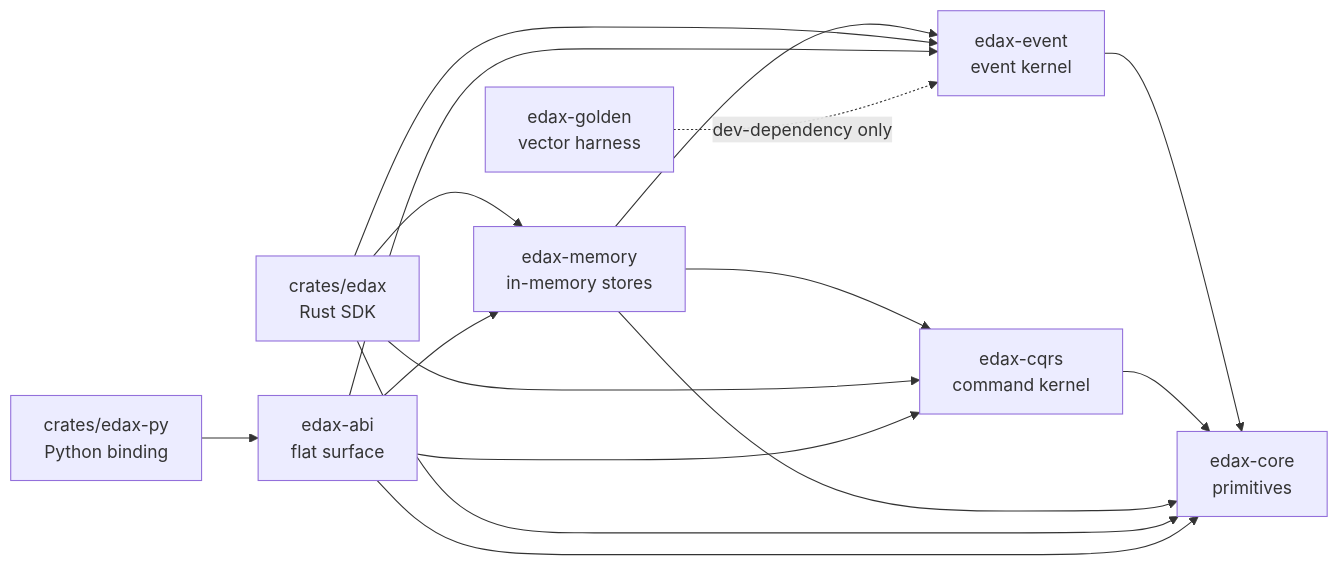
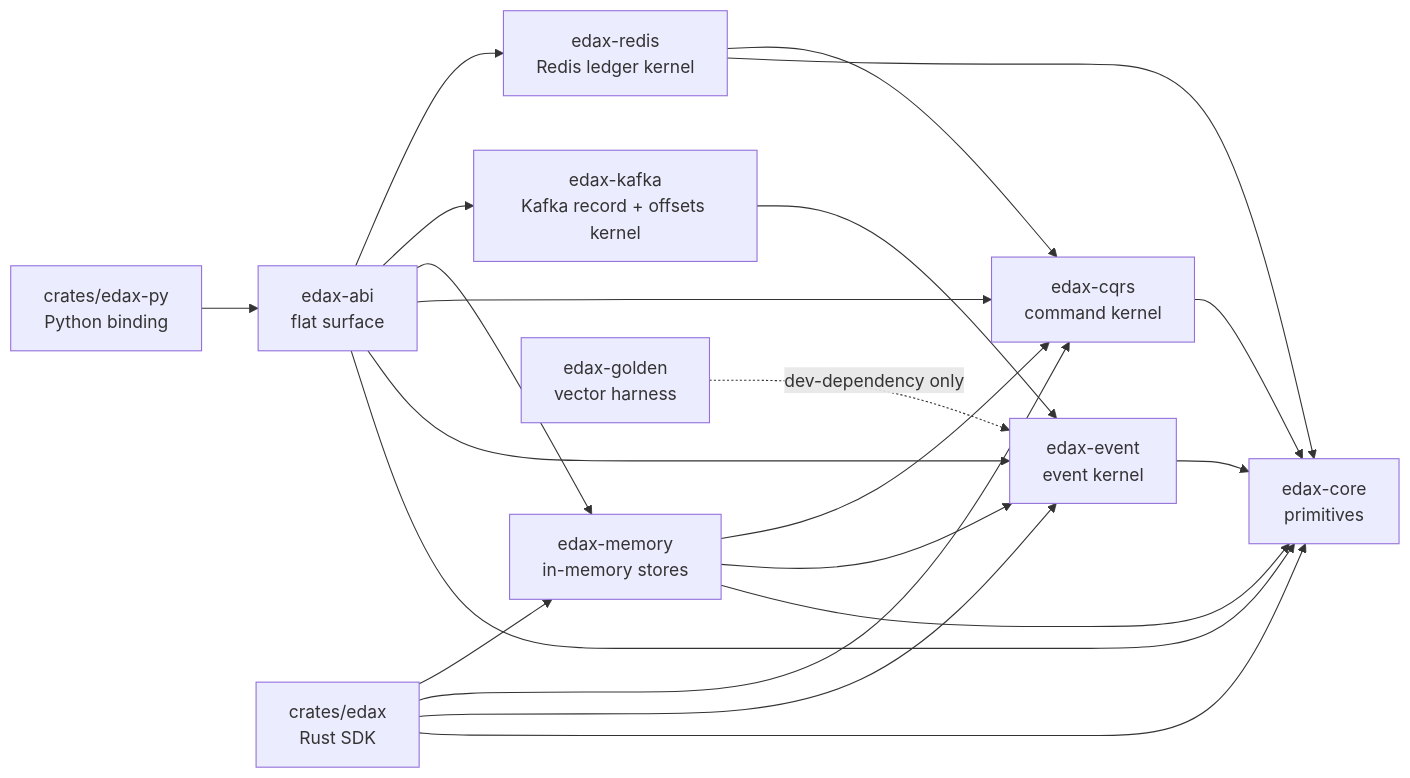
One commit to haskian/edax changed the second of 4 diagrams in docs/architecture.md. Above: the diagram before and after it, drawn with Mermaid. The commit also changed other lines of this file and 15 other files, not shown here.

First line of the commit message:
docs: per-tech kernel crates, Kafka headers, serializer registry, record middleware

````diff
--- a/docs/architecture.md
+++ b/docs/architecture.md
@@ -62,27 +62,34 @@
 ```mermaid
 flowchart LR
     core["edax-core<br/>primitives"]
     event["edax-event<br/>event kernel"]
     cqrs["edax-cqrs<br/>command kernel"]
     memory["edax-memory<br/>in-memory stores"]
+    kafka["edax-kafka<br/>Kafka record + offsets kernel"]
+    redis["edax-redis<br/>Redis ledger kernel"]
     abi["edax-abi<br/>flat surface"]
     rust["crates/edax<br/>Rust SDK"]
     py["crates/edax-py<br/>Python binding"]
     golden["edax-golden<br/>vector harness"]
 
     event --> core
     cqrs --> core
     memory --> core
     memory --> event
     memory --> cqrs
+    kafka --> event
+    redis --> core
+    redis --> cqrs
     rust --> core
     rust --> event
     rust --> cqrs
     rust --> memory
     abi --> core
     abi --> event
     abi --> cqrs
     abi --> memory
+    abi --> kafka
+    abi --> redis
     py --> abi
     golden -.->|"dev-dependency only"| event
 ```
````
